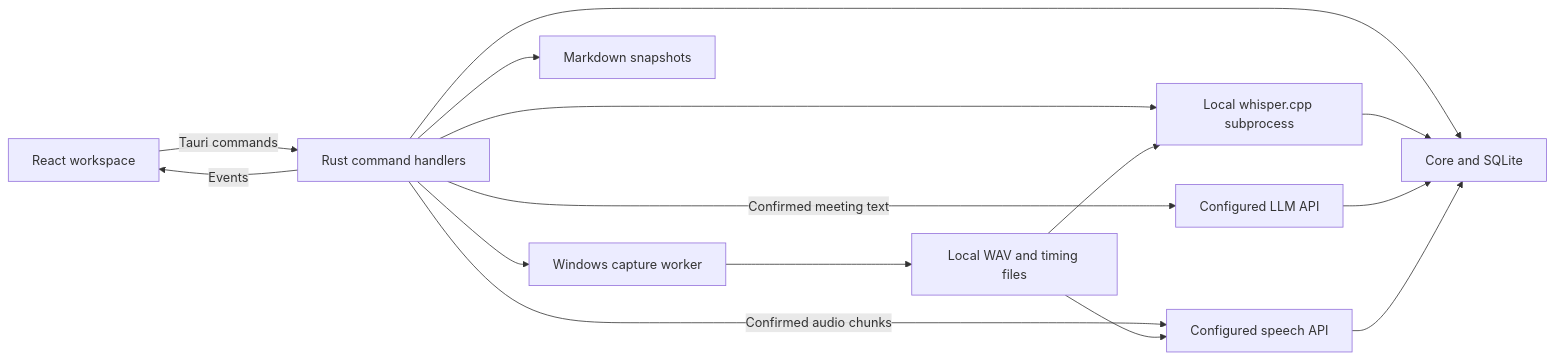
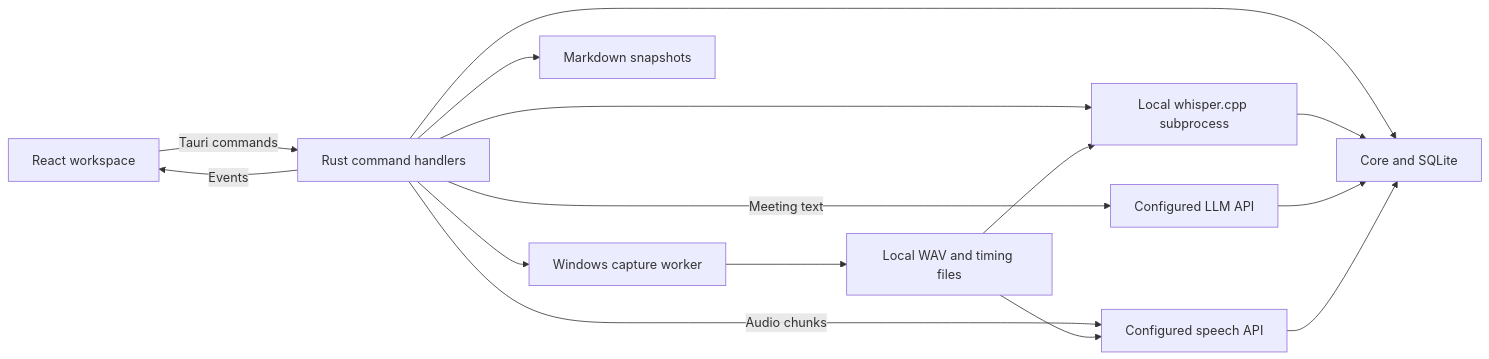
One commit to rahuloruganti/OpenMeet changed the diagram in docs/architecture.md. Above: the diagram before and after it, drawn with Mermaid. The commit also changed other lines of this file and 21 other files, not shown here.

````diff
--- a/docs/architecture.md
+++ b/docs/architecture.md
@@ -7,17 +7,17 @@
 ```mermaid
 flowchart LR
     UI[React workspace] -->|Tauri commands| Backend[Rust command handlers]
     Backend --> Core[Core and SQLite]
     Backend --> Capture[Windows capture worker]
     Capture --> Files[Local WAV and timing files]
     Backend --> STT[Local whisper.cpp subprocess]
     Files --> STT
     STT --> Core
-    Backend -->|Confirmed meeting text| LLM[Configured LLM API]
+    Backend -->|Meeting text| LLM[Configured LLM API]
     LLM --> Core
-    Backend -->|Confirmed audio chunks| Cloud[Configured speech API]
+    Backend -->|Audio chunks| Cloud[Configured speech API]
     Files --> Cloud
     Cloud --> Core
     Backend --> Export[Markdown snapshots]
     Backend -->|Events| UI
 ```
````
